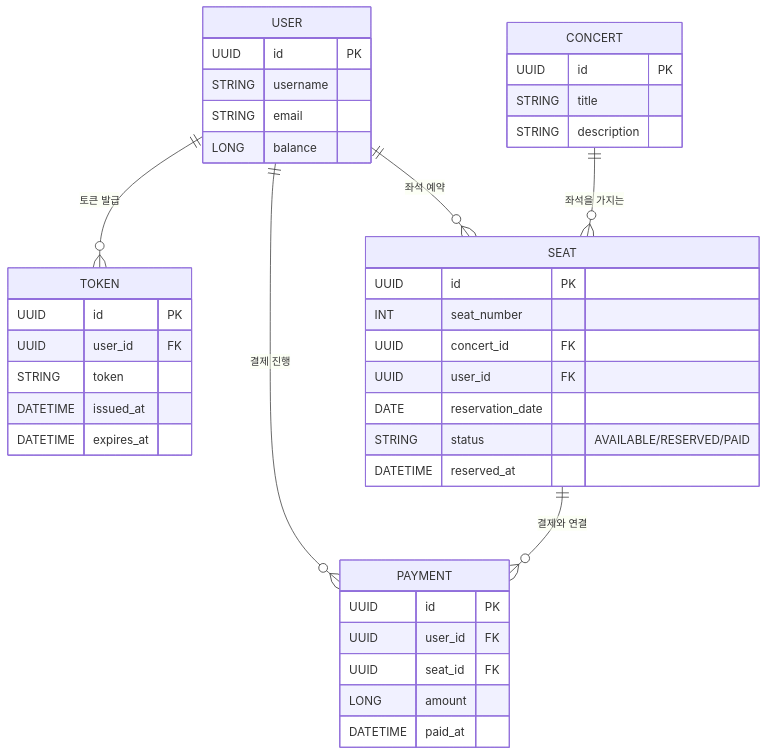
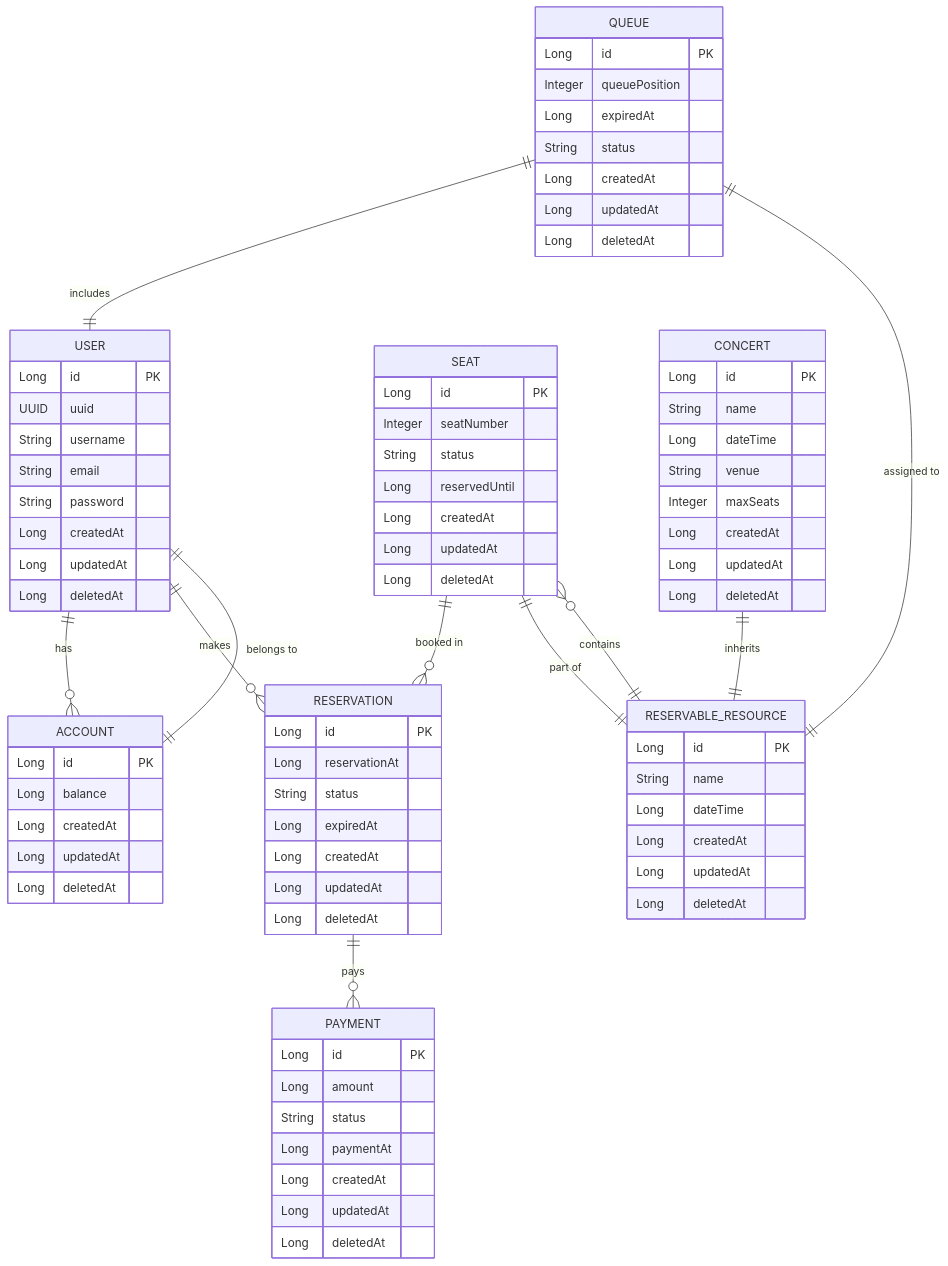
One commit to YouSangSon/hhplus-rest changed the third of 3 diagrams in README.md. Above: the diagram before and after it, drawn with Mermaid. The commit also changed other lines of this file and 88 other files, not shown here.

````diff
--- a/README.md
+++ b/README.md
@@ -244,47 +247,93 @@
 ```mermaid
 erDiagram
-   CONCERT {
-      UUID id PK
-      STRING title
-      STRING description
-   }
+    USER {
+        Long id PK
+        UUID uuid
+        String username
+        String email
+        String password
+        Long createdAt
+        Long updatedAt
+        Long deletedAt
+    }
 
-   SEAT {
-      UUID id PK
-      INT seat_number
-      UUID concert_id FK
-      UUID user_id FK
-      DATE reservation_date
-      STRING status "AVAILABLE/RESERVED/PAID"
-      DATETIME reserved_at
-   }
+    ACCOUNT {
+        Long id PK
+        Long balance
+        Long createdAt
+        Long updatedAt
+        Long deletedAt
+    }
 
-   USER {
-      UUID id PK
-      STRING username
-      STRING email
-      LONG balance
-   }
+    SEAT {
+        Long id PK
+        Integer seatNumber
+        String status
+        Long reservedUntil
+        Long createdAt
+        Long updatedAt
+        Long deletedAt
+    }
 
-   TOKEN {
-      UUID id PK
-      UUID user_id FK
-      STRING token
-      DATETIME issued_at
-      DATETIME expires_at
-   }
+    RESERVATION {
+        Long id PK
+        Long reservationAt
+        String status
+        Long expiredAt
+        Long createdAt
+        Long updatedAt
+        Long deletedAt
+    }
 
-   PAYMENT {
-      UUID id PK
-      UUID user_id FK
-      UUID seat_id FK
-      LONG amount
-      DATETIME paid_at
-   }
+    PAYMENT {
+        Long id PK
+        Long amount
+        String status
+        Long paymentAt
+        Long createdAt
+        Long updatedAt
+        Long deletedAt
+    }
 
-   CONCERT ||--o{ SEAT : "좌석을 가지는"
-   USER ||--o{ TOKEN : "토큰 발급"
-   USER ||--o{ PAYMENT : "결제 진행"
-   USER ||--o{ SEAT : "좌석 예약"
-   SEAT ||--o{ PAYMENT : "결제와 연결"
+    CONCERT {
+        Long id PK
+        String name
+        Long dateTime
+        String venue
+        Integer maxSeats
+        Long createdAt
+        Long updatedAt
+        Long deletedAt
+    }
+
+    QUEUE {
+        Long id PK
+        Integer queuePosition
+        Long expiredAt
+        String status
+        Long createdAt
+        Long updatedAt
+        Long deletedAt
+    }
+
+    RESERVABLE_RESOURCE {
+        Long id PK
+        String name
+        Long dateTime
+        Long createdAt
+        Long updatedAt
+        Long deletedAt
+    }
+
+    USER ||--o{ ACCOUNT : "has"
+    USER ||--o{ RESERVATION : "makes"
+    ACCOUNT ||--|| USER : "belongs to"
+    SEAT ||--o{ RESERVATION : "booked in"
+    RESERVATION ||--o{ PAYMENT : "pays"
+    SEAT ||--|| RESERVABLE_RESOURCE : "part of"
+    QUEUE ||--|| USER : "includes"
+    QUEUE ||--|| RESERVABLE_RESOURCE : "assigned to"
+    RESERVABLE_RESOURCE ||--o{ SEAT : "contains"
+    CONCERT ||--|| RESERVABLE_RESOURCE : "inherits"
+
 ```
````
